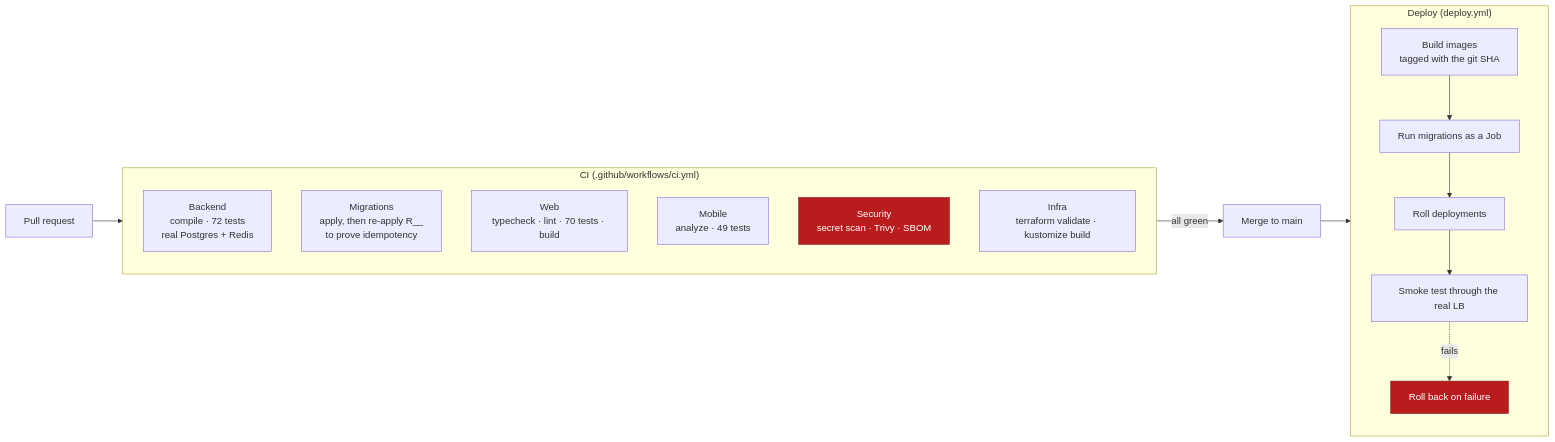
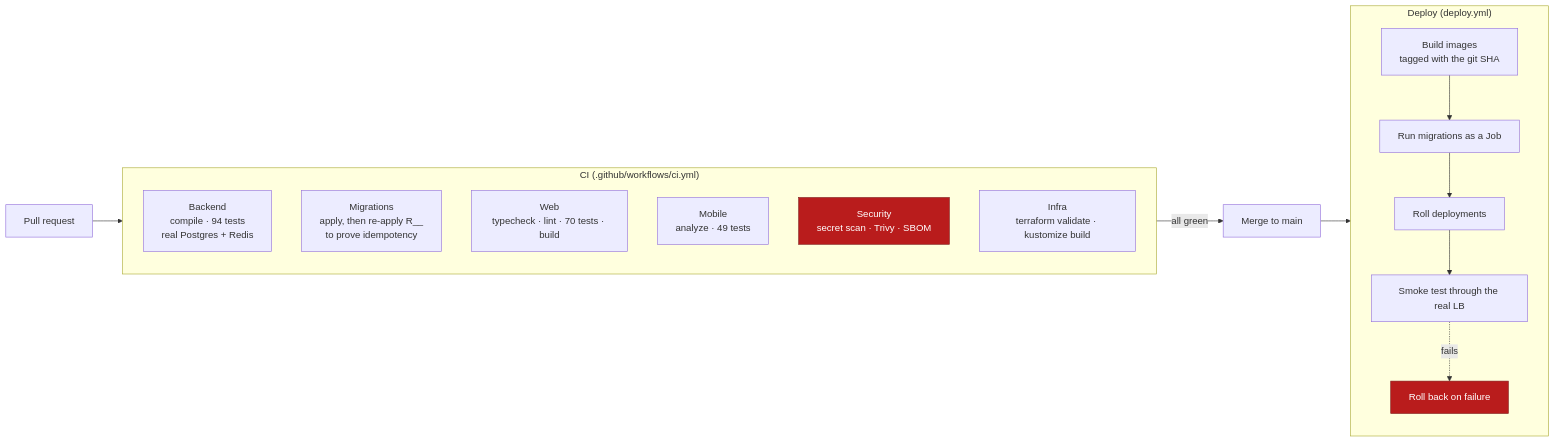
Before and after one commit to ahmedselimmansor-ctrl/Eshop-E-Comerce-NEXT.JS-Spring-Boot: diagram 18 of 18 in README.md, drawn with Mermaid. The commit also changed other lines of this file, not shown here.

````diff
--- a/README.md
+++ b/README.md
@@ -887,32 +887,32 @@
 ```mermaid
 flowchart LR
     PR["Pull request"] --> CI
 
     subgraph CI ["CI (.github/workflows/ci.yml)"]
         direction TB
-        BE["Backend<br/>compile · 72 tests<br/>real Postgres + Redis"]
+        BE["Backend<br/>compile · 94 tests<br/>real Postgres + Redis"]
         MIG["Migrations<br/>apply, then re-apply R__<br/>to prove idempotency"]
         WEB["Web<br/>typecheck · lint · 70 tests · build"]
         MOB["Mobile<br/>analyze · 49 tests"]
         SEC["Security<br/>secret scan · Trivy · SBOM"]
         INF["Infra<br/>terraform validate · kustomize build"]
     end
 
     CI -->|"all green"| MERGE["Merge to main"]
     MERGE --> DEPLOY
 
     subgraph DEPLOY ["Deploy (deploy.yml)"]
         direction TB
         IMG["Build images<br/>tagged with the git SHA"]
         DBJ["Run migrations as a Job"]
         ROLL["Roll deployments"]
         SMOKE["Smoke test through the real LB"]
         RB["Roll back on failure"]
     end
 
     IMG --> DBJ --> ROLL --> SMOKE
     SMOKE -.->|"fails"| RB
 
     style SEC fill:#b91c1c,stroke:#7f1d1d,color:#ffffff
     style RB fill:#b91c1c,stroke:#7f1d1d,color:#ffffff
 ```
````
